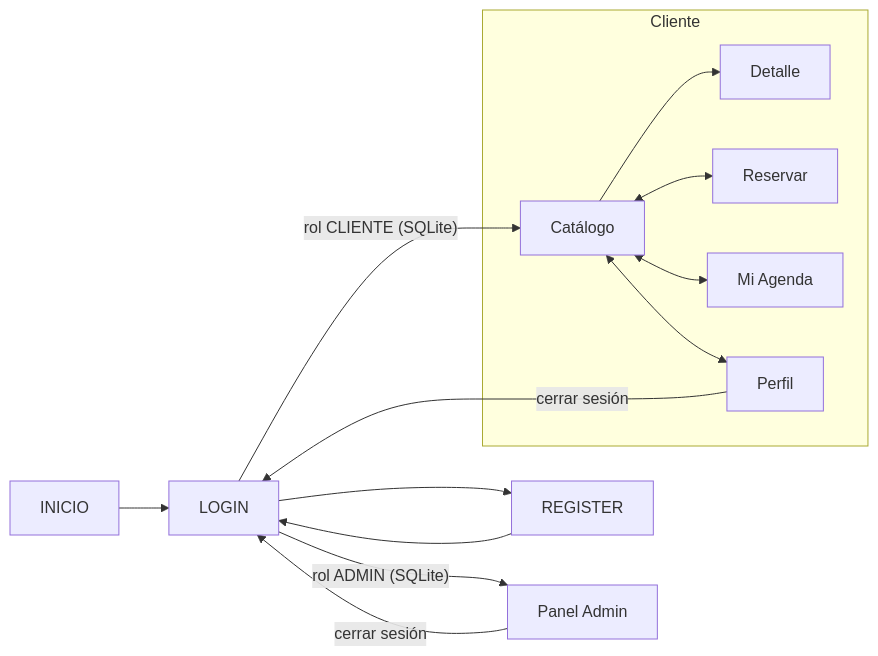
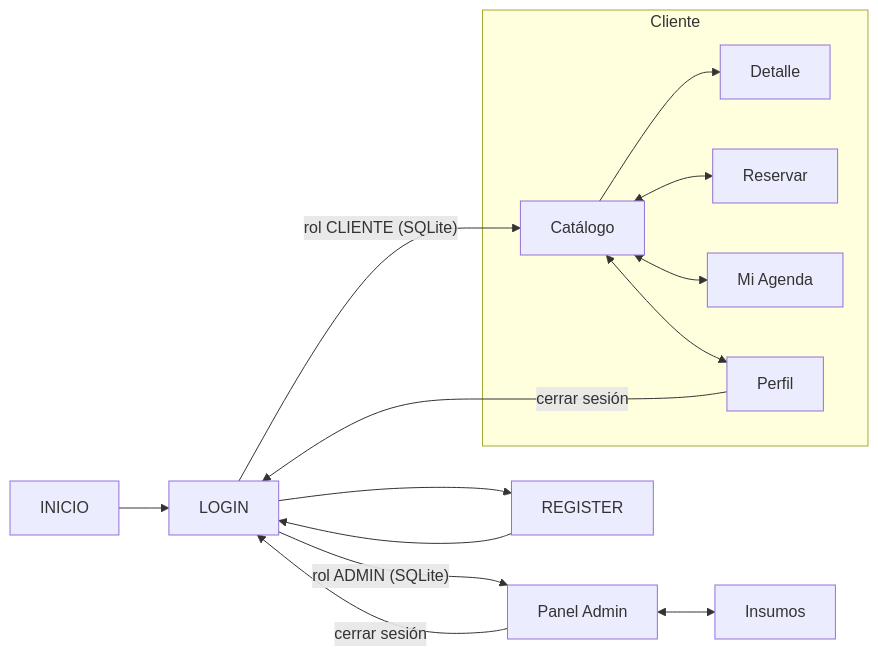
One commit to VooNn47/Paolicias.sweet changed the third of 4 diagrams in documents/arquitectura.md. Above: the diagram before and after it, drawn with Mermaid. The commit also changed other lines of this file and 18 other files, not shown here.

````diff
--- a/documents/arquitectura.md
+++ b/documents/arquitectura.md
@@ -81,15 +99,16 @@
 ```mermaid
 flowchart LR
     INICIO --> LOGIN
     LOGIN --> REGISTER --> LOGIN
     LOGIN -- "rol CLIENTE (SQLite)" --> HOME
     LOGIN -- "rol ADMIN (SQLite)" --> ADMIN["Panel Admin"]
     subgraph Cliente
         HOME["Catálogo"] --> PRODUCTO["Detalle"]
         HOME <--> RESERVA["Reservar"]
         HOME <--> AGENDA["Mi Agenda"]
         HOME <--> PERFIL["Perfil"]
     end
     PERFIL -- "cerrar sesión" --> LOGIN
+    ADMIN <--> INSUMOS["Insumos"]
     ADMIN -- "cerrar sesión" --> LOGIN
 ```
````
